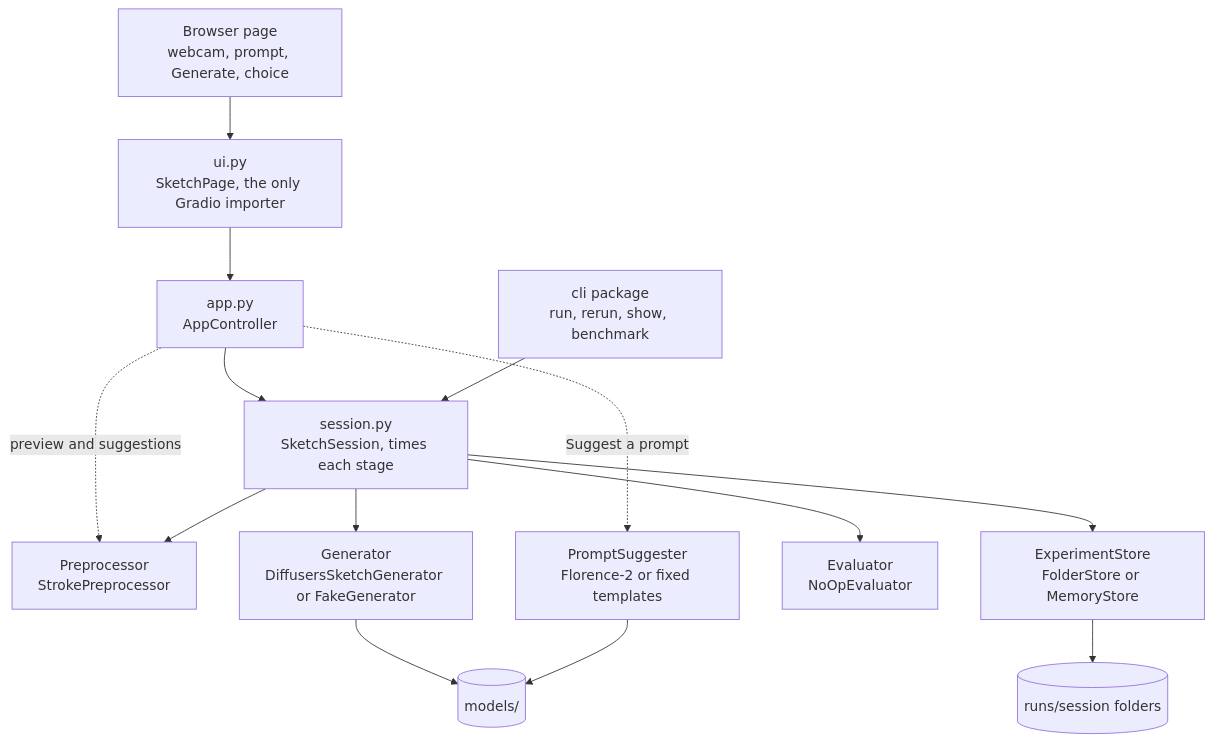
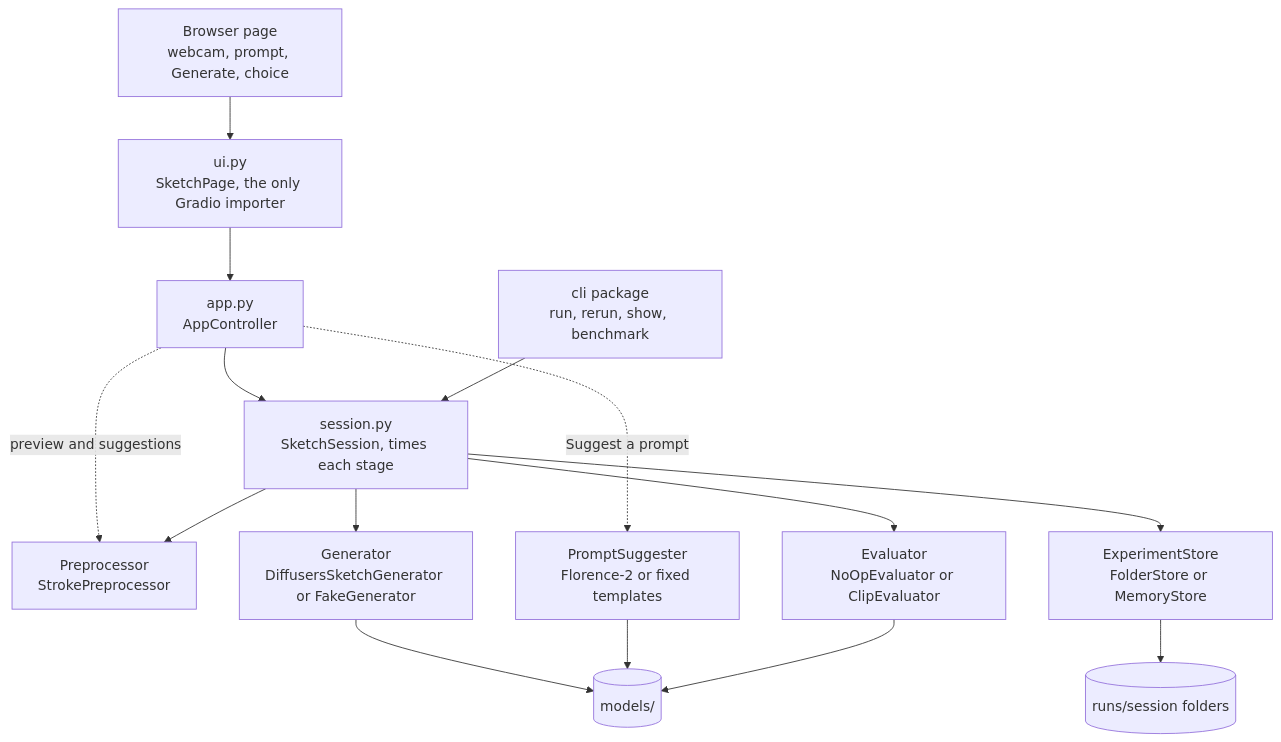
The second of 2 diagrams in README.md (shlomi1993/sketchloop-ai), drawn with Mermaid before and after one commit. The commit also changed other lines of this file and 26 other files, not shown here.

````diff
--- a/README.md
+++ b/README.md
@@ -213,16 +217,17 @@
 ```mermaid
 flowchart TD
     page["Browser page<br/>webcam, prompt, Generate, choice"] --> ui["ui.py<br/>SketchPage, the only Gradio importer"]
     ui --> app["app.py<br/>AppController"]
     app --> session["session.py<br/>SketchSession, times each stage"]
     app -. preview and suggestions .-> pre
     app -. Suggest a prompt .-> suggester["PromptSuggester<br/>Florence-2 or fixed templates"]
     session --> pre["Preprocessor<br/>StrokePreprocessor"]
     session --> gen["Generator<br/>DiffusersSketchGenerator or FakeGenerator"]
-    session --> eval["Evaluator<br/>NoOpEvaluator"]
+    session --> eval["Evaluator<br/>NoOpEvaluator or ClipEvaluator"]
     session --> store["ExperimentStore<br/>FolderStore or MemoryStore"]
     gen --> models[("models/")]
     suggester --> models
+    eval --> models
     store --> runs[("runs/session folders")]
     cli["cli package<br/>run, rerun, show, benchmark"] --> session
 ```
````
